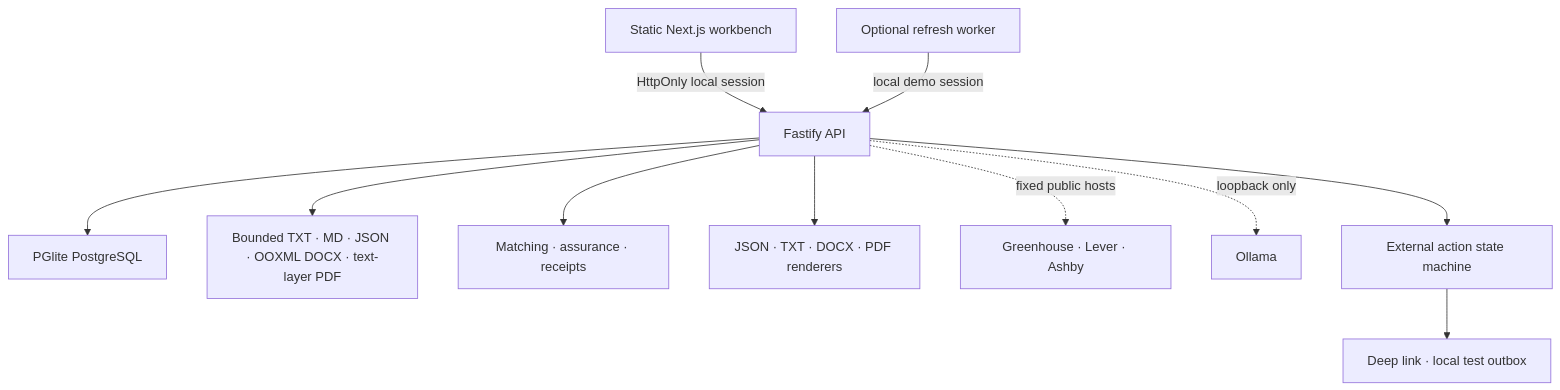
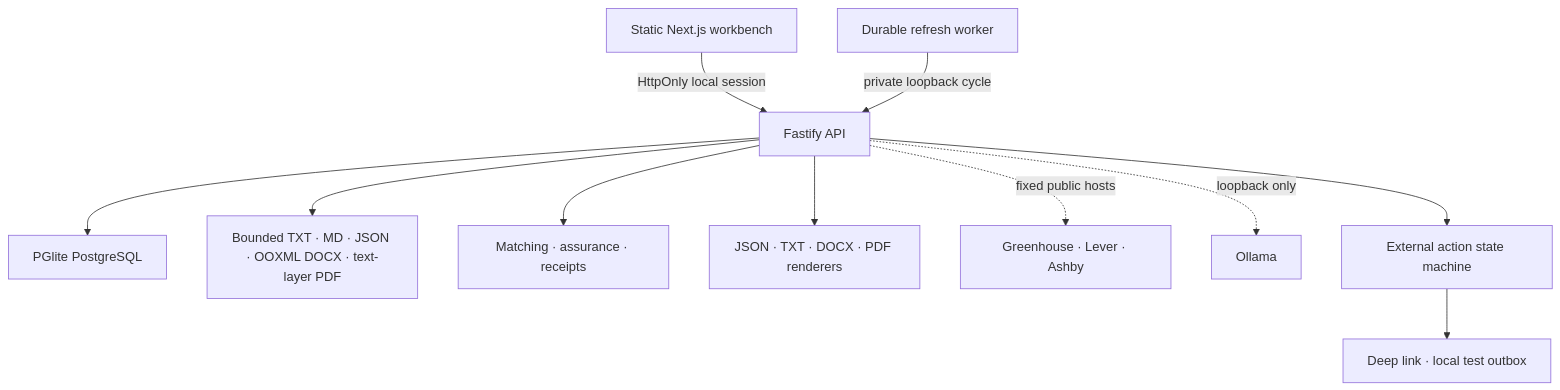
One commit to udhawan97/Nimanto changed the first of 2 diagrams in docs/architecture/system.md. Above: the diagram before and after it, drawn with Mermaid. The commit also changed other lines of this file and 26 other files, not shown here.

````diff
--- a/docs/architecture/system.md
+++ b/docs/architecture/system.md
@@ -15,13 +15,13 @@
 ```mermaid
 flowchart TB
   Browser["Static Next.js workbench"] -->|"HttpOnly local session"| API["Fastify API"]
   API --> Store["PGlite PostgreSQL"]
   API --> Parsers["Bounded TXT · MD · JSON · OOXML DOCX · text-layer PDF"]
   API --> Domain["Matching · assurance · receipts"]
   API --> Documents["JSON · TXT · DOCX · PDF renderers"]
-  Worker["Optional refresh worker"] -->|"local demo session"| API
+  Worker["Durable refresh worker"] -->|"private loopback cycle"| API
   API -. "fixed public hosts" .-> ATS["Greenhouse · Lever · Ashby"]
   API -. "loopback only" .-> Model["Ollama"]
   API --> Gate["External action state machine"]
   Gate --> Outbox["Deep link · local test outbox"]
 ```
````
